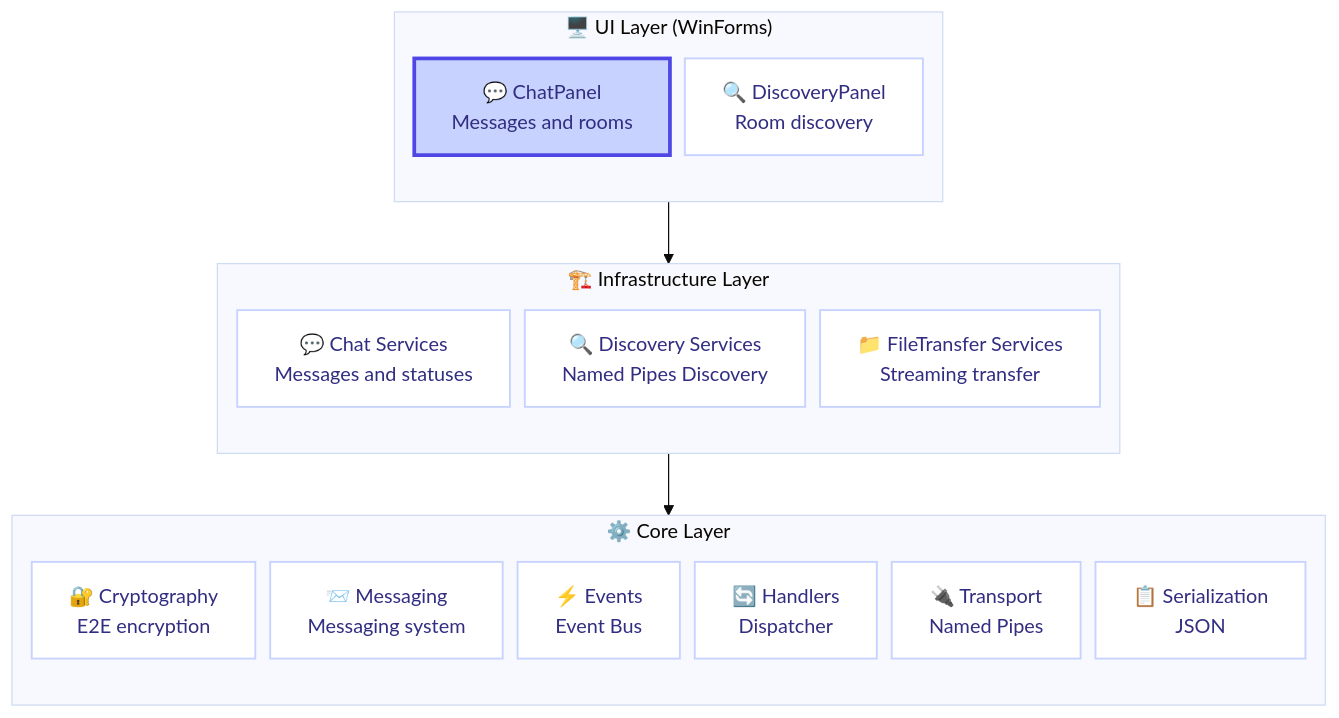
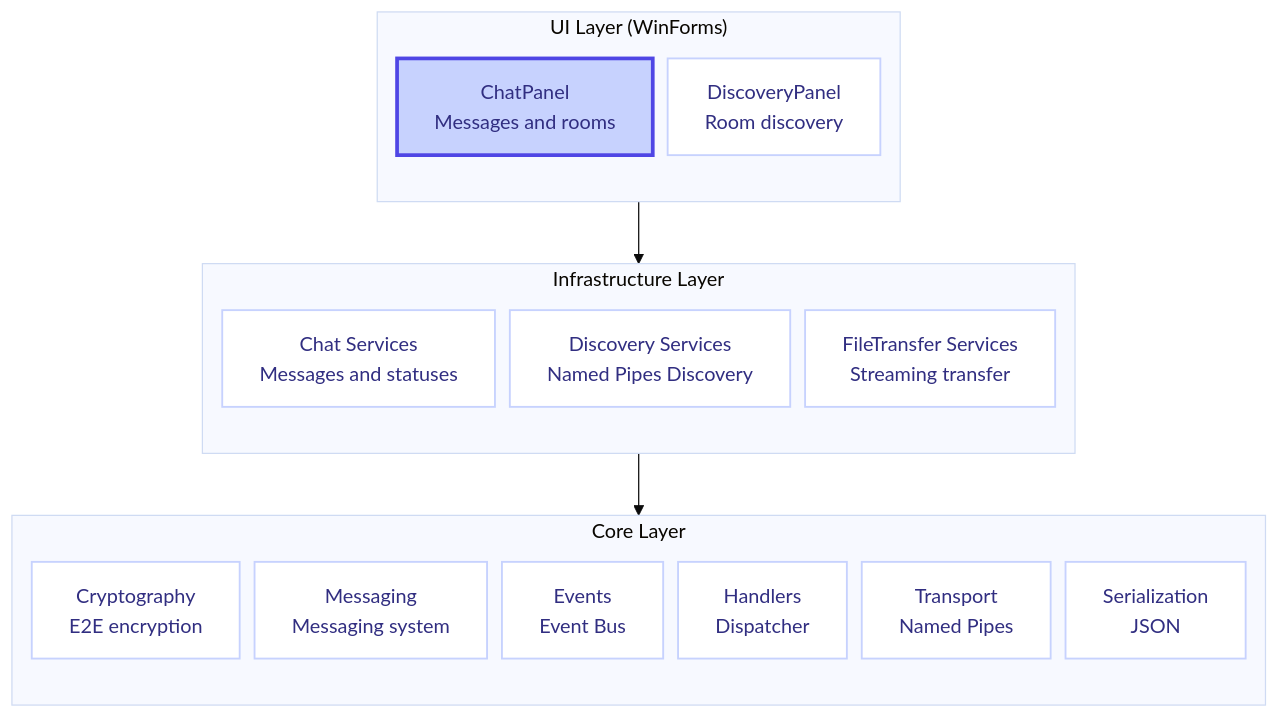
The first of 3 diagrams in README.md (CasCadeVR/MIN), drawn with Mermaid (base theme) before and after one commit. The commit also changed other lines of this file and 1 other file, not shown here.

````diff
--- a/README.md
+++ b/README.md
@@ -48,41 +48,41 @@
 ```mermaid
 flowchart TB
     %%{init: {'flowchart': {'nodeSpacing': 12}}}%%
     classDef uiLayer fill:#dbeafe,stroke:#3b82f6,stroke-width:2px,color:#1e40af
     classDef infraLayer fill:#e0e7ff,stroke:#4f46e5,stroke-width:2px,color:#3730a3
     classDef coreLayer fill:#ede9fe,stroke:#7c3aed,stroke-width:2px,color:#5b21b6
     classDef component fill:#ffffff,stroke:#c7d2fe,stroke-width:1.5px,color:#312e81
     classDef highlight fill:#c7d2fe,stroke:#4f46e5,stroke-width:3px,color:#312e81
     
-    subgraph UI["🖥️ UI Layer (WinForms)"]
+    subgraph UI["UI Layer (WinForms)"]
         direction TB
-        A["💬 ChatPanel<br>Messages and rooms"]
-        B["🔍 DiscoveryPanel<br>Room discovery"]
+        A["ChatPanel<br>Messages and rooms"]
+        B["DiscoveryPanel<br>Room discovery"]
     end
     
-    subgraph INF["🏗️ Infrastructure Layer"]
+    subgraph INF["Infrastructure Layer"]
         direction TB
-        C["💬 Chat Services<br>Messages and statuses"]
-        D["🔍 Discovery Services<br>Named Pipes Discovery"]
-        E["📁 FileTransfer Services<br>Streaming transfer"]
+        C["Chat Services<br>Messages and statuses"]
+        D["Discovery Services<br>Named Pipes Discovery"]
+        E["FileTransfer Services<br>Streaming transfer"]
     end
     
-    subgraph CORE["⚙️ Core Layer"]
+    subgraph CORE["Core Layer"]
         direction TB
-        F["🔐 Cryptography<br>E2E encryption"]
-        G["📨 Messaging<br>Messaging system"]
-        H["⚡ Events<br>Event Bus"]
-        I["🔄 Handlers<br>Dispatcher"]
-        J["🔌 Transport<br>Named Pipes"]
-        K["📋 Serialization<br>JSON"]
+        F["Cryptography<br>E2E encryption"]
+        G["Messaging<br>Messaging system"]
+        H["Events<br>Event Bus"]
+        I["Handlers<br>Dispatcher"]
+        J["Transport<br>Named Pipes"]
+        K["Serialization<br>JSON"]
     end
     
     class A highlight;
     class B,C,D,E,F,G,H,I,J,K component
     class UI uiLayer;
     class INF infraLayer;
     class CORE coreLayer
     
     UI --> INF
     INF --> CORE
 ```
````
